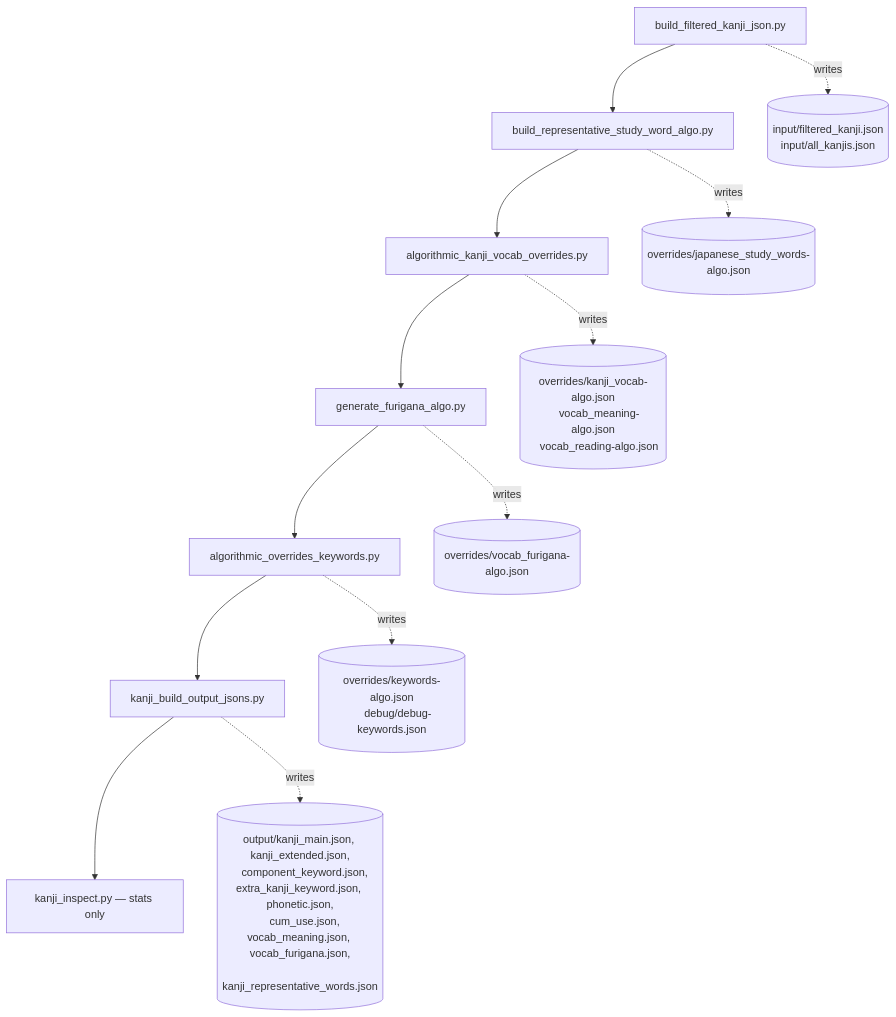
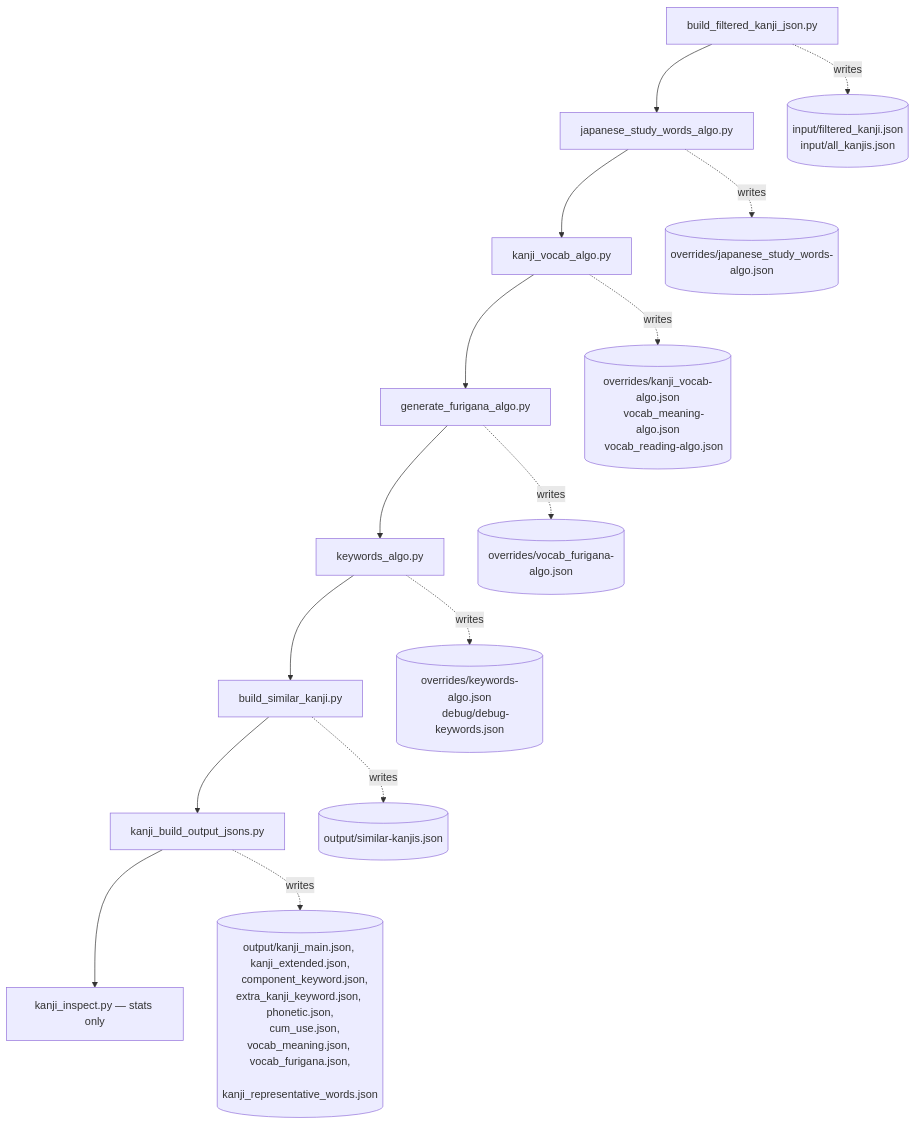
Before and after one commit to PikaPikaGems/kanji-heatmap-data: the first of 8 diagrams in notes/flowchart.md, drawn with Mermaid. The commit also changed other lines of this file, not shown here.

First line of the commit message:
Update flowchart.md to current pipeline

````diff
--- a/notes/flowchart.md
+++ b/notes/flowchart.md
@@ -20,23 +25,25 @@
 ```mermaid
 flowchart TD
-    A[build_filtered_kanji_json.py] --> B[build_representative_study_word_algo.py]
-    B --> C[algorithmic_kanji_vocab_overrides.py]
+    A[build_filtered_kanji_json.py] --> B[japanese_study_words_algo.py]
+    B --> C[kanji_vocab_algo.py]
     C --> D[generate_furigana_algo.py]
-    D --> E[algorithmic_overrides_keywords.py]
-    E --> G[kanji_build_output_jsons.py]
+    D --> E[keywords_algo.py]
+    E --> F[build_similar_kanji.py]
+    F --> G[kanji_build_output_jsons.py]
     G --> H[kanji_inspect.py — stats only]
 
     A -.writes.-> a1[(input/filtered_kanji.json
     input/all_kanjis.json)]
     B -.writes.-> b1[(overrides/japanese_study_words-algo.json)]
     C -.writes.-> c1[(overrides/kanji_vocab-algo.json
     vocab_meaning-algo.json
     vocab_reading-algo.json)]
     D -.writes.-> d1[(overrides/vocab_furigana-algo.json)]
     E -.writes.-> e1[(overrides/keywords-algo.json
     debug/debug-keywords.json)]
+    F -.writes.-> f1[(output/similar-kanjis.json)]
     G -.writes.-> g1[(output/kanji_main.json, kanji_extended.json,
     component_keyword.json, extra_kanji_keyword.json, phonetic.json,
     cum_use.json, vocab_meaning.json, vocab_furigana.json,
     kanji_representative_words.json)]
 ```
````
